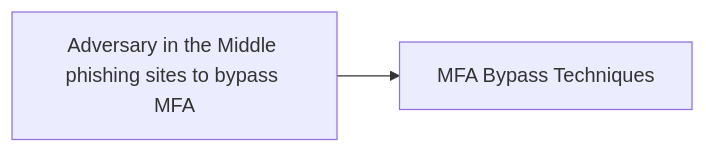
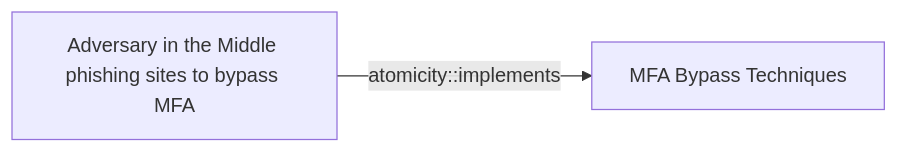
Before and after one commit to opentidehq/library: the diagram in docs/threats/adversary-in-the-middle-phishing-sites-to-bypass-mfa.md, drawn with Mermaid. The commit also changed other lines of this file and 277 other files, not shown here.

````diff
--- a/docs/threats/adversary-in-the-middle-phishing-sites-to-bypass-mfa.md
+++ b/docs/threats/adversary-in-the-middle-phishing-sites-to-bypass-mfa.md
@@ -23,6 +59,6 @@
 ```mermaid
 flowchart LR
 66aafb61_9a46_4287_8b40_4785b42b77a3["Adversary in the Middle phishing sites to bypass MFA"]
 4a807ac4_f764_41b1_ae6f_94239041d349["MFA Bypass Techniques"]
-66aafb61_9a46_4287_8b40_4785b42b77a3 --> 4a807ac4_f764_41b1_ae6f_94239041d349
+66aafb61_9a46_4287_8b40_4785b42b77a3 -->|atomicity::implements| 4a807ac4_f764_41b1_ae6f_94239041d349
 ```
````
